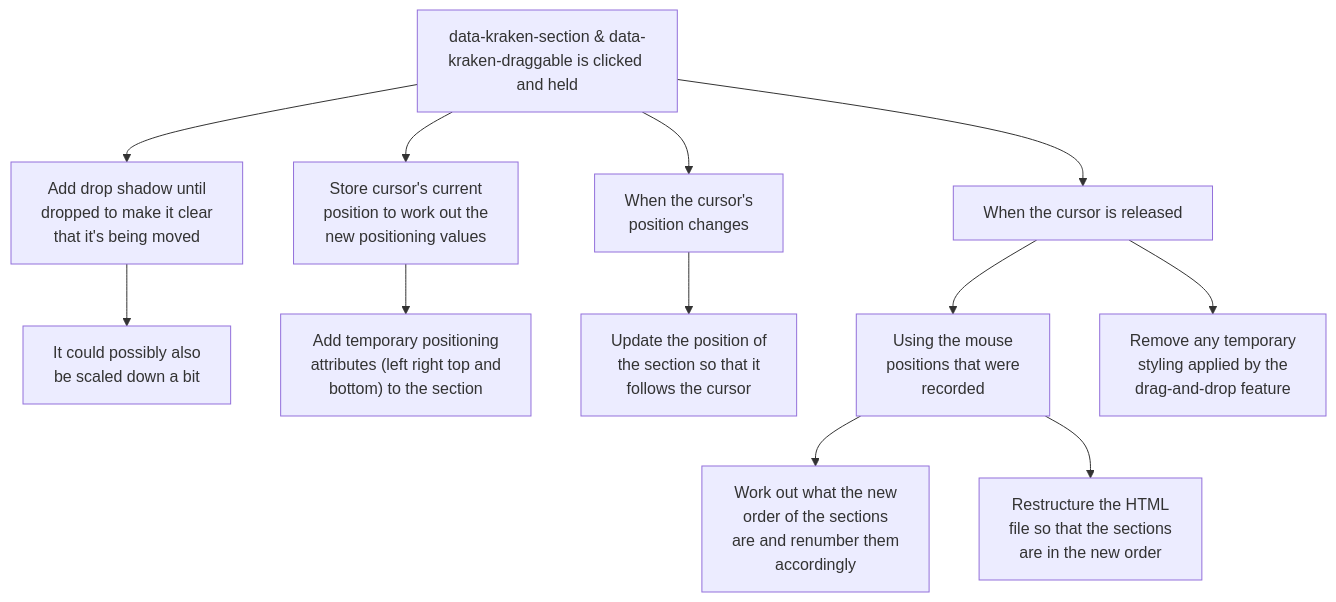
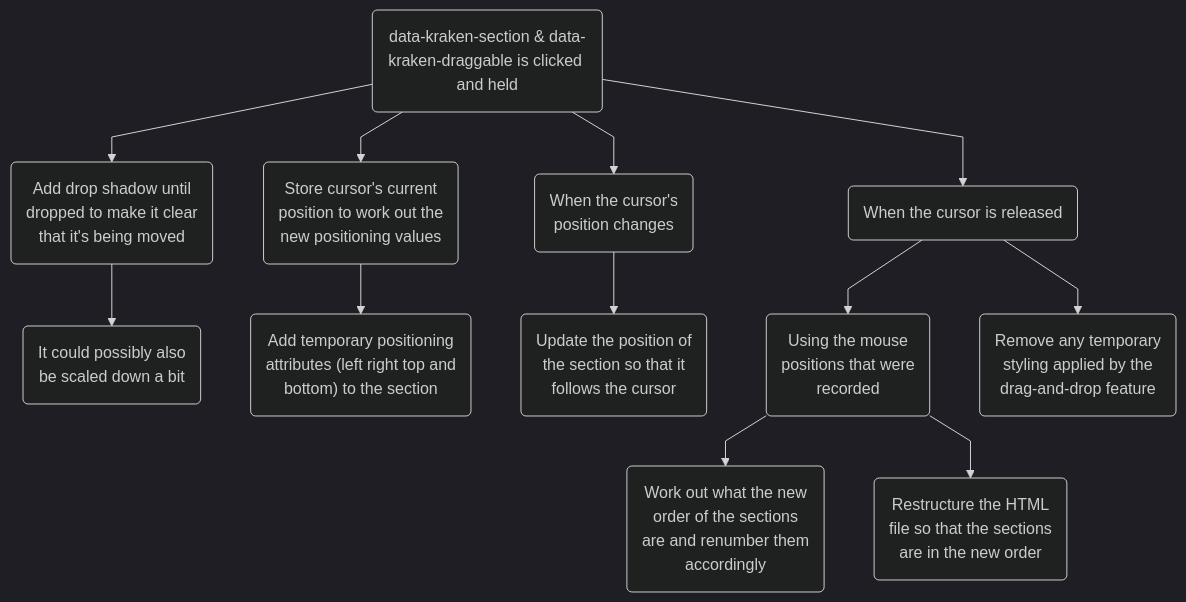
One commit to tomgxz/Kraken changed the eighth of 14 diagrams in README.md. Above: the diagram before and after it, drawn with Mermaid. The commit also changed other lines of this file, not shown here.

Commit message:
Mermaid Formatting

````diff
--- a/README.md
+++ b/README.md
@@ -491,14 +488,11 @@
 ```mermaid
+%%{init: {'theme':'dark', 'flowchart': {'curve': 'linear'},'themeVariables':{'fontFamily':'Lexend,Noto Sans,Helvetica,Arial'}}}%%
+
 graph TD
-  A[data-kraken-section & data-kraken-draggable is clicked and held] --> B["Add drop shadow until\n dropped to make it clear\n that it's being moved"]
-  B --> b["It could possibly also\n be scaled down a bit"]
-  A --> C["Store cursor's current\n position to work out the\n new positioning values"]
-  C --> D["Add temporary positioning\n attributes (left right top and\n bottom) to the section"]
-  A --> E["When the cursor's\n position changes"]
-  E --> F["Update the position of\n the section so that it\n follows the cursor"]
-  A --> G["When the cursor is released"]
-  G --> H["Using the mouse\n positions that were\n recorded"]
-  H --> I["Work out what the new\n order of the sections\n are and renumber them\n accordingly"]
-  H --> J["Restructure the HTML\n file so that the sections\n are in the new order"]
-  G --> K["Remove any temporary\n styling applied by the\n drag-and-drop feature"]
+  A(data-kraken-section & data-kraken-draggable is clicked and held) --> B("Add drop shadow until\n dropped to make it clear\n that it's being moved") & C("Store cursor's current\n position to work out the\n new positioning values") & E("When the cursor's\n position changes") & G("When the cursor is released")
+  B --> b("It could possibly also\n be scaled down a bit")
+  C --> D("Add temporary positioning\n attributes (left right top and\n bottom) to the section")
+  E --> F("Update the position of\n the section so that it\n follows the cursor")
+  G --> H("Using the mouse\n positions that were\n recorded") --> I("Work out what the new\n order of the sections\n are and renumber them\n accordingly") & J("Restructure the HTML\n file so that the sections\n are in the new order")
+  G --> K("Remove any temporary\n styling applied by the\n drag-and-drop feature")
 ```
````
